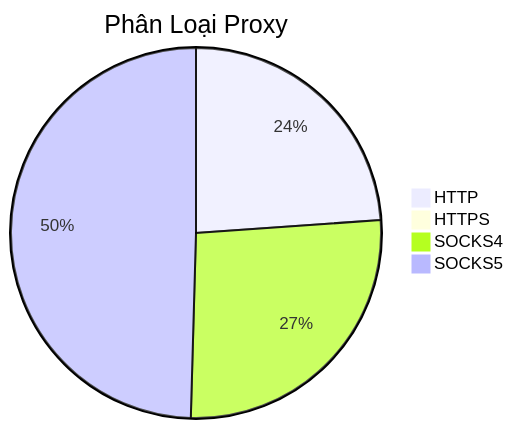
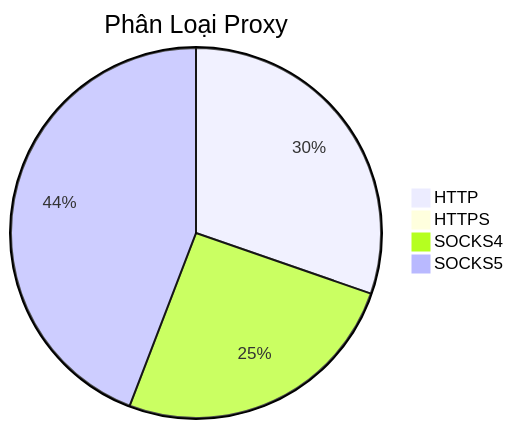
The diagram in README.md (Ciara-Aa/PROXY-free), drawn with Mermaid before and after one commit. The commit also changed other lines of this file and 4 other files, not shown here.

````diff
--- a/README.md
+++ b/README.md
@@ -26,7 +26,7 @@
 ```mermaid
 pie title Phân Loại Proxy
-    "HTTP" : 214
-    "HTTPS" : 0
-    "SOCKS4" : 238
-    "SOCKS5" : 444
+    "HTTP" : 304
+    "HTTPS" : 4
+    "SOCKS4" : 256
+    "SOCKS5" : 443
 ```
````
